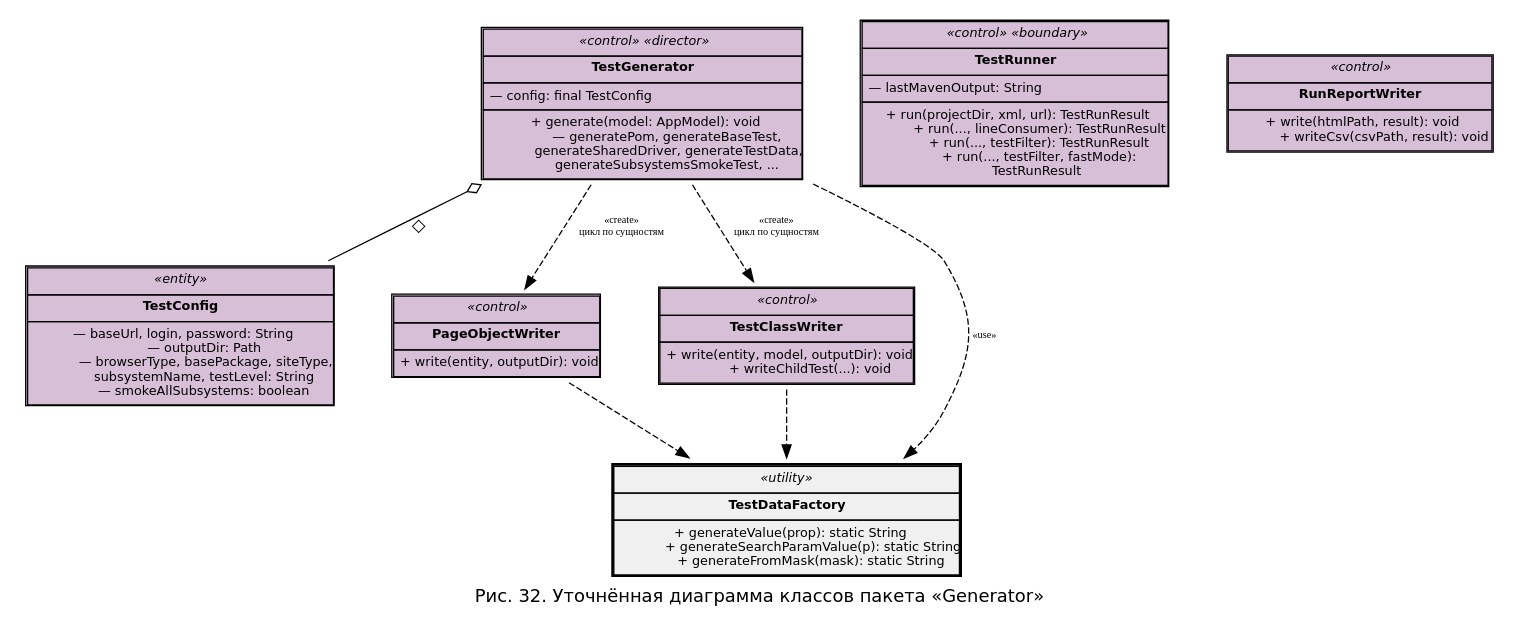
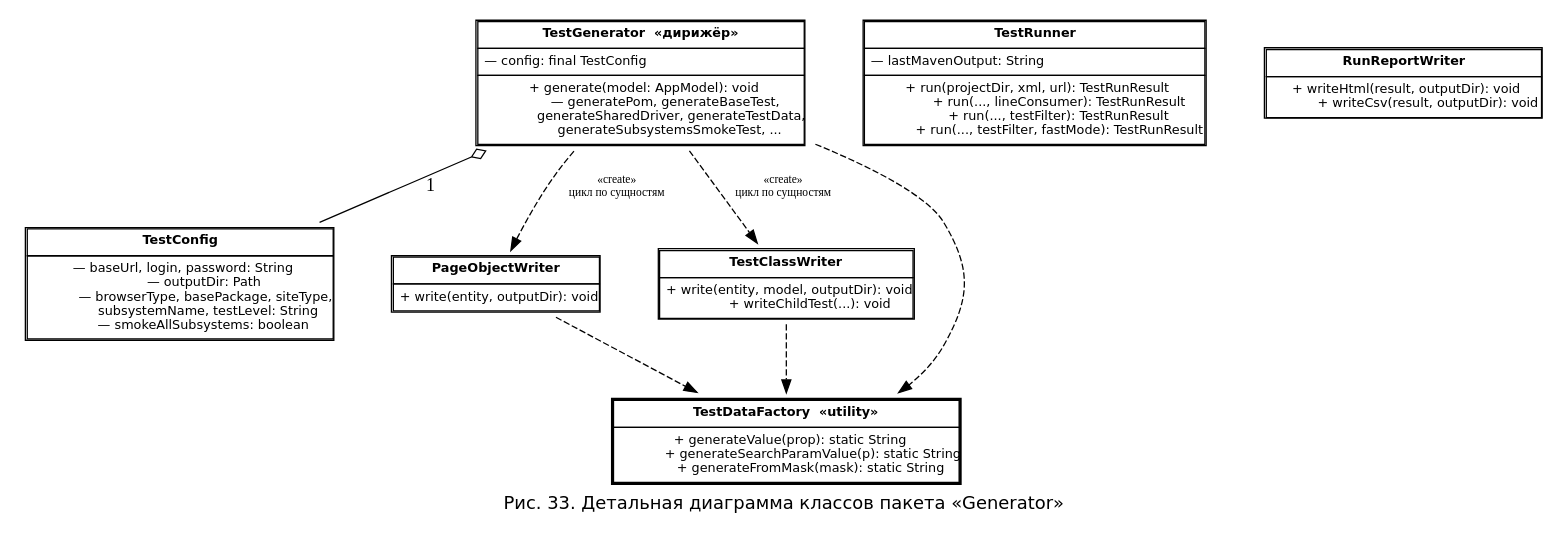
One commit to nastolbov/AutoTestGeneratorUpdate changed the diagram in diagrams/cls_generator_detail.dot. Above: the diagram before and after it, drawn with Graphviz. The commit also changed 37 other files, not shown here.

```diff
--- a/diagrams/cls_generator_detail.dot
+++ b/diagrams/cls_generator_detail.dot
@@ -1,84 +1,56 @@
-digraph ClsGen {
-    rankdir=TB;
-    fontname="DejaVu Sans";
-    label="Рис. 32. Уточнённая диаграмма классов пакета «Generator»";
-    labelloc="b";
-    fontsize=14;
+digraph GD {
+    rankdir=TB; fontname="DejaVu Sans"; fontsize=14;
+    label="Рис. 33. Детальная диаграмма классов пакета «Generator»"; labelloc=b;
     nodesep=0.4;
-
     node [fontname="DejaVu Sans", fontsize=10, shape=plaintext];
 
-    TestConfig [label=<
-        <TABLE BORDER="1" CELLBORDER="1" CELLSPACING="0" CELLPADDING="4" BGCOLOR="#D8BFD8">
-        <TR><TD ALIGN="CENTER"><I>«entity»</I></TD></TR>
-        <TR><TD ALIGN="CENTER"><B>TestConfig</B></TD></TR>
+    TestConfig [label=<<TABLE BORDER="1" CELLBORDER="1" CELLSPACING="0" CELLPADDING="4" BGCOLOR="white">
+        <TR><TD><B>TestConfig</B></TD></TR>
         <TR><TD ALIGN="LEFT">— baseUrl, login, password: String<BR/>
             — outputDir: Path<BR/>
             — browserType, basePackage, siteType,<BR/>
-            subsystemName, testLevel: String<BR/>
-            — smokeAllSubsystems: boolean</TD></TR>
-        </TABLE>>];
+              subsystemName, testLevel: String<BR/>
+            — smokeAllSubsystems: boolean</TD></TR></TABLE>>];
 
-    TestGenerator [label=<
-        <TABLE BORDER="1" CELLBORDER="1" CELLSPACING="0" CELLPADDING="4" BGCOLOR="#D8BFD8">
-        <TR><TD ALIGN="CENTER"><I>«control» «director»</I></TD></TR>
-        <TR><TD ALIGN="CENTER"><B>TestGenerator</B></TD></TR>
+    TestGenerator [label=<<TABLE BORDER="1" CELLBORDER="1" CELLSPACING="0" CELLPADDING="4" BGCOLOR="white">
+        <TR><TD><B>TestGenerator  «дирижёр»</B></TD></TR>
         <TR><TD ALIGN="LEFT">— config: final TestConfig</TD></TR>
         <TR><TD ALIGN="LEFT">+ generate(model: AppModel): void<BR/>
             — generatePom, generateBaseTest,<BR/>
-            generateSharedDriver, generateTestData,<BR/>
-            generateSubsystemsSmokeTest, ...</TD></TR>
-        </TABLE>>];
+              generateSharedDriver, generateTestData,<BR/>
+              generateSubsystemsSmokeTest, ...</TD></TR></TABLE>>];
 
-    PageObjectWriter [label=<
-        <TABLE BORDER="1" CELLBORDER="1" CELLSPACING="0" CELLPADDING="4" BGCOLOR="#D8BFD8">
-        <TR><TD ALIGN="CENTER"><I>«control»</I></TD></TR>
-        <TR><TD ALIGN="CENTER"><B>PageObjectWriter</B></TD></TR>
-        <TR><TD ALIGN="LEFT">+ write(entity, outputDir): void</TD></TR>
-        </TABLE>>];
+    POW [label=<<TABLE BORDER="1" CELLBORDER="1" CELLSPACING="0" CELLPADDING="4" BGCOLOR="white">
+        <TR><TD><B>PageObjectWriter</B></TD></TR>
+        <TR><TD ALIGN="LEFT">+ write(entity, outputDir): void</TD></TR></TABLE>>];
 
-    TestClassWriter [label=<
-        <TABLE BORDER="1" CELLBORDER="1" CELLSPACING="0" CELLPADDING="4" BGCOLOR="#D8BFD8">
-        <TR><TD ALIGN="CENTER"><I>«control»</I></TD></TR>
-        <TR><TD ALIGN="CENTER"><B>TestClassWriter</B></TD></TR>
+    TCW [label=<<TABLE BORDER="1" CELLBORDER="1" CELLSPACING="0" CELLPADDING="4" BGCOLOR="white">
+        <TR><TD><B>TestClassWriter</B></TD></TR>
         <TR><TD ALIGN="LEFT">+ write(entity, model, outputDir): void<BR/>
-            + writeChildTest(...): void</TD></TR>
-        </TABLE>>];
+            + writeChildTest(...): void</TD></TR></TABLE>>];
 
-    TestDataFactory [label=<
-        <TABLE BORDER="2" CELLBORDER="1" CELLSPACING="0" CELLPADDING="4" BGCOLOR="#F0F0F0">
-        <TR><TD ALIGN="CENTER"><I>«utility»</I></TD></TR>
-        <TR><TD ALIGN="CENTER"><B>TestDataFactory</B></TD></TR>
+    TDF [label=<<TABLE BORDER="2" CELLBORDER="1" CELLSPACING="0" CELLPADDING="4" BGCOLOR="white">
+        <TR><TD><B>TestDataFactory  «utility»</B></TD></TR>
         <TR><TD ALIGN="LEFT">+ generateValue(prop): static String<BR/>
             + generateSearchParamValue(p): static String<BR/>
-            + generateFromMask(mask): static String</TD></TR>
-        </TABLE>>];
+            + generateFromMask(mask): static String</TD></TR></TABLE>>];
 
-    TestRunner [label=<
-        <TABLE BORDER="1" CELLBORDER="1" CELLSPACING="0" CELLPADDING="4" BGCOLOR="#D8BFD8">
-        <TR><TD ALIGN="CENTER"><I>«control» «boundary»</I></TD></TR>
-        <TR><TD ALIGN="CENTER"><B>TestRunner</B></TD></TR>
+    TR [label=<<TABLE BORDER="1" CELLBORDER="1" CELLSPACING="0" CELLPADDING="4" BGCOLOR="white">
+        <TR><TD><B>TestRunner</B></TD></TR>
         <TR><TD ALIGN="LEFT">— lastMavenOutput: String</TD></TR>
         <TR><TD ALIGN="LEFT">+ run(projectDir, xml, url): TestRunResult<BR/>
             + run(..., lineConsumer): TestRunResult<BR/>
             + run(..., testFilter): TestRunResult<BR/>
-            + run(..., testFilter, fastMode):<BR/>
-            TestRunResult</TD></TR>
-        </TABLE>>];
+            + run(..., testFilter, fastMode): TestRunResult</TD></TR></TABLE>>];
 
-    RunReportWriter [label=<
-        <TABLE BORDER="1" CELLBORDER="1" CELLSPACING="0" CELLPADDING="4" BGCOLOR="#D8BFD8">
-        <TR><TD ALIGN="CENTER"><I>«control»</I></TD></TR>
-        <TR><TD ALIGN="CENTER"><B>RunReportWriter</B></TD></TR>
-        <TR><TD ALIGN="LEFT">+ write(htmlPath, result): void<BR/>
-            + writeCsv(csvPath, result): void</TD></TR>
-        </TABLE>>];
+    RRW [label=<<TABLE BORDER="1" CELLBORDER="1" CELLSPACING="0" CELLPADDING="4" BGCOLOR="white">
+        <TR><TD><B>RunReportWriter</B></TD></TR>
+        <TR><TD ALIGN="LEFT">+ writeHtml(result, outputDir): void<BR/>
+            + writeCsv(result, outputDir): void</TD></TR></TABLE>>];
 
-    TestGenerator -> TestConfig       [arrowtail=odiamond, dir=back, label="◇"];
-    TestGenerator -> PageObjectWriter [style=dashed, label="«create»\nцикл по сущностям", fontsize=8];
-    TestGenerator -> TestClassWriter  [style=dashed, label="«create»\nцикл по сущностям", fontsize=8];
-    TestGenerator -> TestDataFactory  [style=dashed, label="«use»", fontsize=8];
-
-    PageObjectWriter -> TestDataFactory [style=dashed];
-    TestClassWriter  -> TestDataFactory [style=dashed];
+    TestGenerator -> TestConfig [arrowtail=odiamond, dir=back, label="1"];
+    TestGenerator -> POW [style=dashed, label="«create»\nцикл по сущностям", fontsize=9];
+    TestGenerator -> TCW [style=dashed, label="«create»\nцикл по сущностям", fontsize=9];
+    TestGenerator -> TDF [style=dashed];
+    POW -> TDF [style=dashed]; TCW -> TDF [style=dashed];
 }
```
